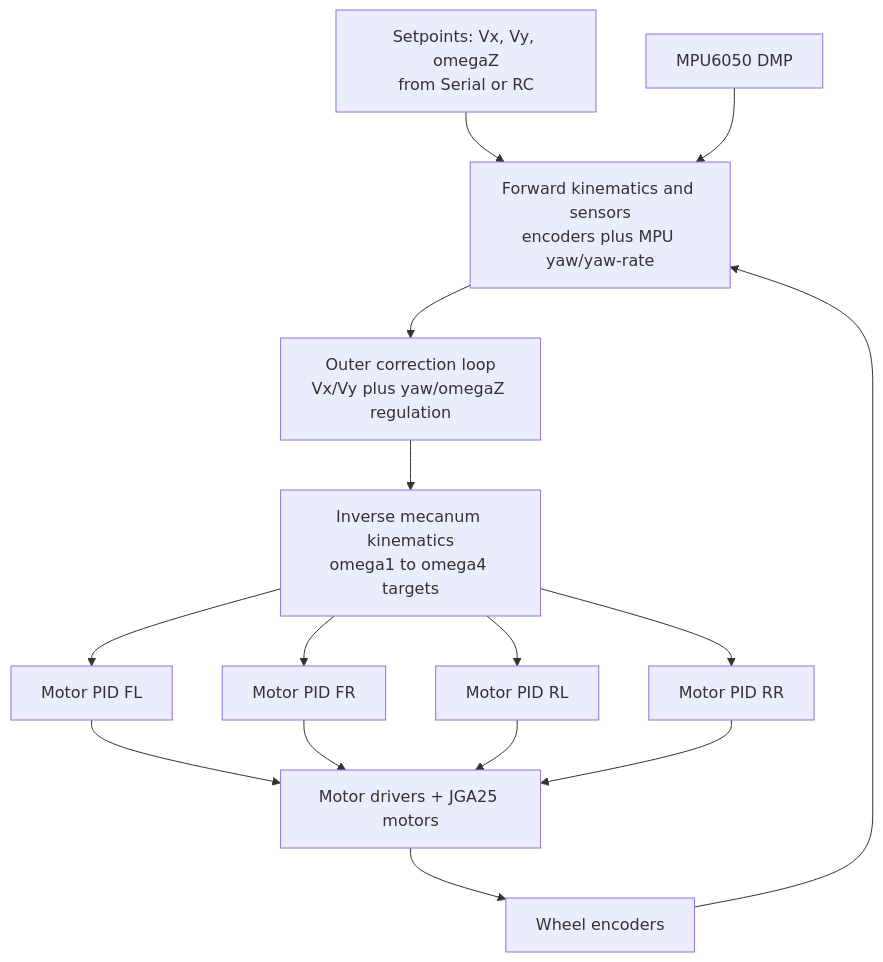
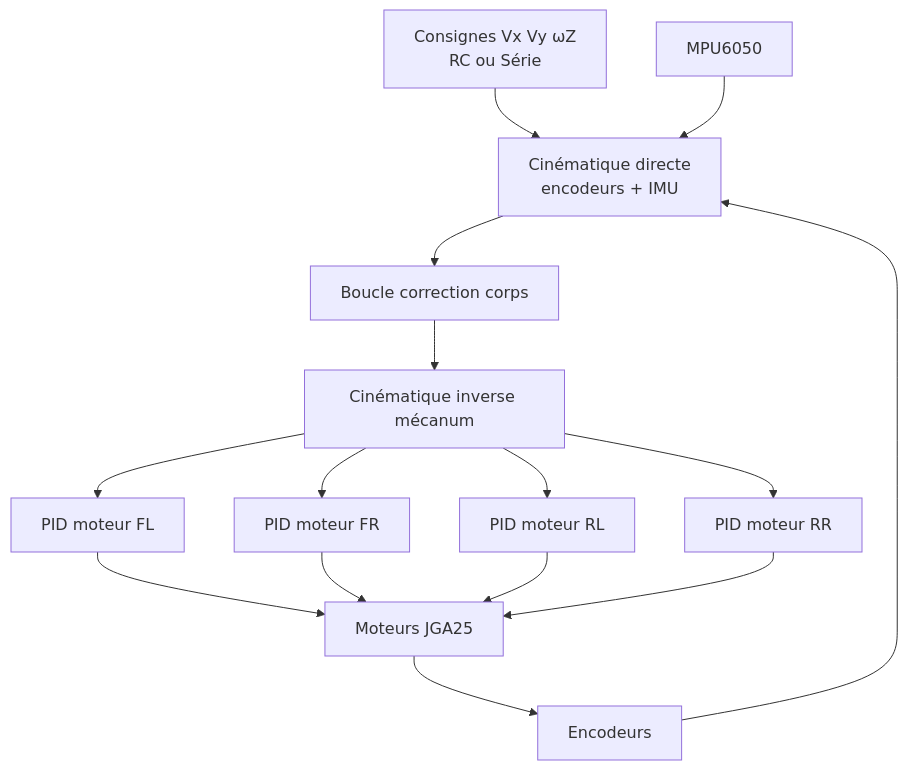
One commit to ClemDFZ/rc_control changed the first of 2 diagrams in README.md. Above: the diagram before and after it, drawn with Mermaid. The commit also changed other lines of this file and 7 other files, not shown here.

````diff
--- a/README.md
+++ b/README.md
@@ -128,17 +133,14 @@
 ```mermaid
 flowchart TD
-    A[Setpoints: Vx, Vy, omegaZ<br/>from Serial or RC] --> B[Forward kinematics and sensors<br/>encoders plus MPU yaw/yaw-rate]
-    B --> C[Outer correction loop<br/>Vx/Vy plus yaw/omegaZ regulation]
-    C --> D[Inverse mecanum kinematics<br/>omega1 to omega4 targets]
-    D --> E1[Motor PID FL]
-    D --> E2[Motor PID FR]
-    D --> E3[Motor PID RL]
-    D --> E4[Motor PID RR]
-    E1 --> F[Motor drivers + JGA25 motors]
-    E2 --> F
-    E3 --> F
-    E4 --> F
-    F --> G[Wheel encoders]
-    G --> B
-    H[MPU6050 DMP] --> B
+    SP[Consignes Vx Vy ωZ<br/>RC ou Série] --> FK[Cinématique directe<br/>encodeurs + IMU]
+    FK --> OUT[Boucle correction corps]
+    OUT --> IK[Cinématique inverse mécanum]
+    IK --> M1[PID moteur FL]
+    IK --> M2[PID moteur FR]
+    IK --> M3[PID moteur RL]
+    IK --> M4[PID moteur RR]
+    M1 & M2 & M3 & M4 --> ACT[Moteurs JGA25]
+    ACT --> ENC[Encodeurs]
+    ENC --> FK
+    IMU[MPU6050] --> FK
 ```
````
